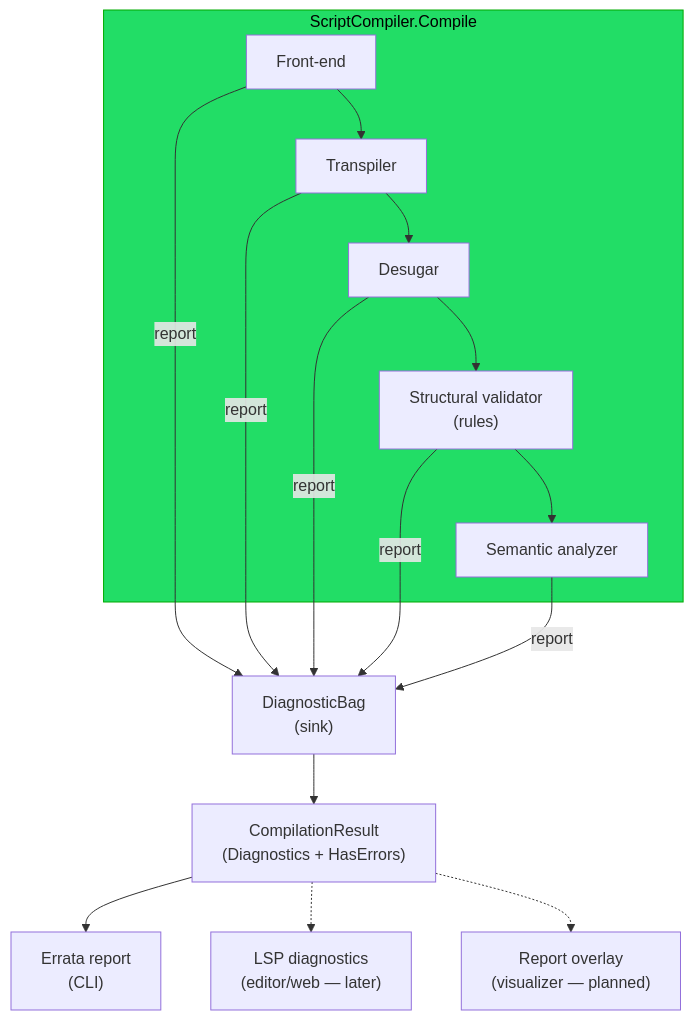
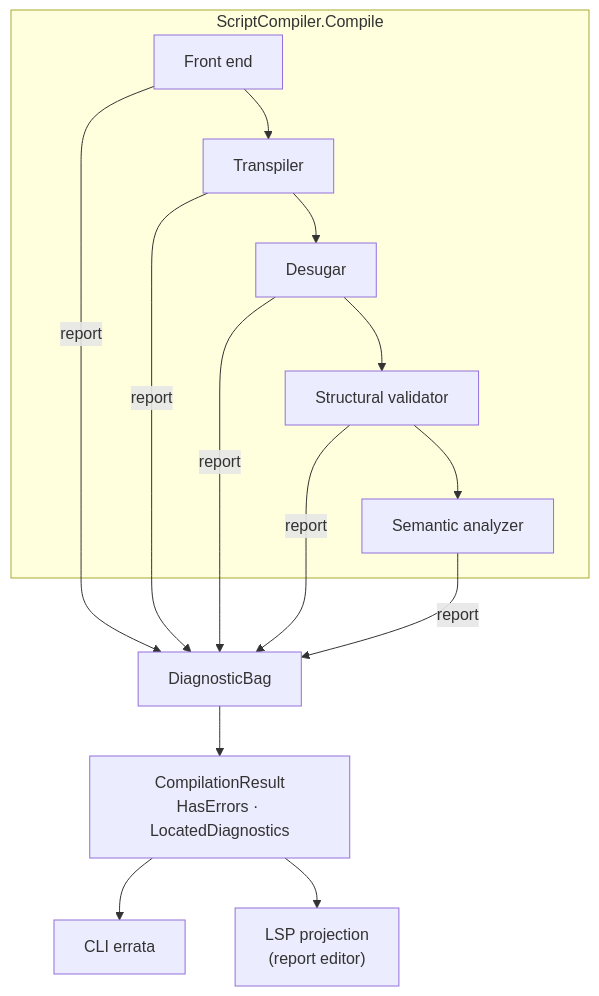
The diagram in docs/contributing/design-notes/diagnostics/Diagnostics and Validation.md (pengzhengyi/dialoguedown), drawn with Mermaid before and after one commit. The commit also changed other lines of this file and 124 other files, not shown here.

````diff
--- a/docs/contributing/design-notes/diagnostics/Diagnostics and Validation.md
+++ b/docs/contributing/design-notes/diagnostics/Diagnostics and Validation.md
@@ -105,16 +31,10 @@
 ```mermaid
 flowchart TB
     subgraph compile["ScriptCompiler.Compile"]
-        FE["Front-end"] --> TR["Transpiler"] --> DE["Desugar"] --> VAL["Structural validator<br/>(rules)"] --> SA["Semantic analyzer"]
+        FE["Front end"] --> TR["Transpiler"] --> DE["Desugar"] --> VAL["Structural validator"] --> SA["Semantic analyzer"]
     end
-    FE -- report --> BAG["DiagnosticBag<br/>(sink)"]
-    TR -- report --> BAG
-    DE -- report --> BAG
-    VAL -- report --> BAG
-    SA -- report --> BAG
-    BAG --> RES["CompilationResult<br/>(Diagnostics + HasErrors)"]
-    RES --> ERR["Errata report<br/>(CLI)"]
-    RES -.-> LSP["LSP diagnostics<br/>(editor/web — later)"]
-    RES -.-> WEB["Report overlay<br/>(visualizer — planned)"]
-    style compile fill:#2d6,stroke:#0a0,color:#000
+    FE & TR & DE & VAL & SA -- report --> BAG["DiagnosticBag"]
+    BAG --> RES["CompilationResult<br/>HasErrors · LocatedDiagnostics"]
+    RES --> ERR["CLI errata"]
+    RES --> LSP["LSP projection<br/>(report editor)"]
 ```
````
